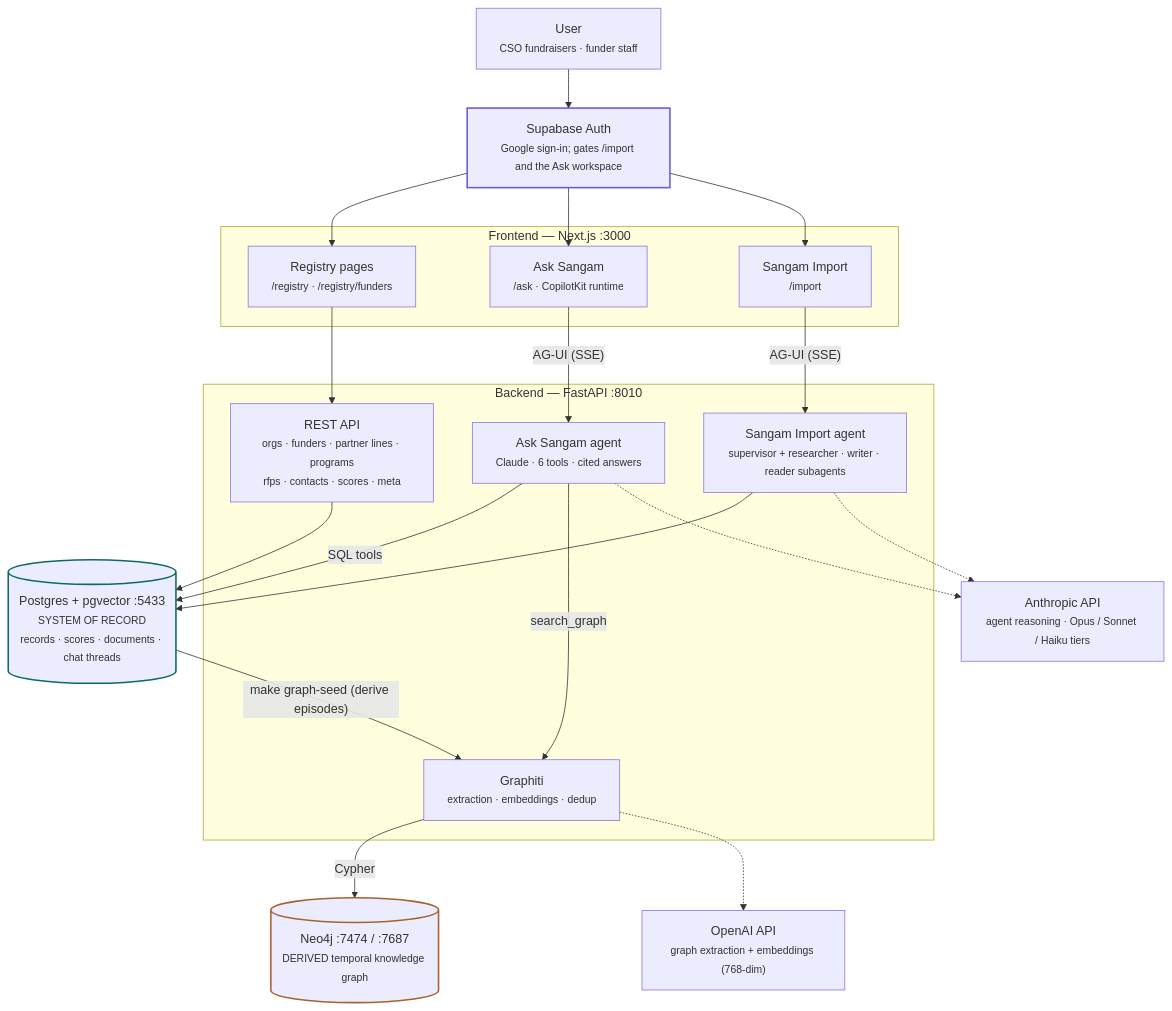
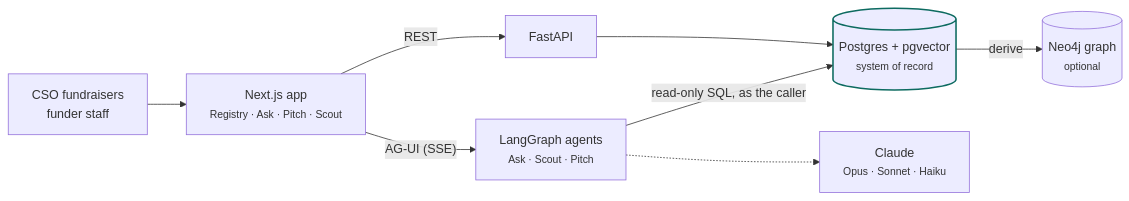
One commit to project-tech4dev/sangam changed the diagram in README.md. Above: the diagram before and after it, drawn with Mermaid. The commit also changed other lines of this file and 2 other files, not shown here.

````diff
--- a/README.md
+++ b/README.md
@@ -29,43 +48,11 @@
 ```mermaid
-flowchart TD
-  U["User<br/><small>CSO fundraisers · funder staff</small>"]
-  AUTH["Supabase Auth<br/><small>Google sign-in; gates /import and the Ask workspace</small>"]
-
-  subgraph FE["Frontend — Next.js :3000"]
-    PAGES["Registry pages<br/><small>/registry · /registry/funders</small>"]
-    CHAT["Ask Sangam<br/><small>/ask · CopilotKit runtime</small>"]
-    IMPORT["Sangam Import<br/><small>/import</small>"]
-  end
-
-  subgraph BE["Backend — FastAPI :8010"]
-    REST["REST API<br/><small>orgs · funders · partner lines · programs<br/>rfps · contacts · scores · meta</small>"]
-    AGENT["Ask Sangam agent<br/><small>Claude · 6 tools · cited answers</small>"]
-    INGEST["Sangam Import agent<br/><small>supervisor + researcher · writer · reader subagents</small>"]
-    GRT["Graphiti<br/><small>extraction · embeddings · dedup</small>"]
-  end
-
-  PG[("Postgres + pgvector :5433<br/><small>SYSTEM OF RECORD<br/>records · scores · documents · chat threads</small>")]
-  NEO[("Neo4j :7474 / :7687<br/><small>DERIVED temporal knowledge graph</small>")]
-
-  ANT["Anthropic API<br/><small>agent reasoning · Opus / Sonnet / Haiku tiers</small>"]
-  OAI["OpenAI API<br/><small>graph extraction + embeddings (768-dim)</small>"]
-
-  U --> AUTH
-  AUTH --> PAGES & CHAT & IMPORT
-  PAGES --> REST
-  CHAT -- "AG-UI (SSE)" --> AGENT
-  IMPORT -- "AG-UI (SSE)" --> INGEST
-  REST --> PG
-  AGENT -- "SQL tools" --> PG
-  INGEST --> PG
-  AGENT -- "search_graph" --> GRT
-  GRT -- Cypher --> NEO
-  PG -- "make graph-seed (derive episodes)" --> GRT
-  AGENT -.-> ANT
-  INGEST -.-> ANT
-  GRT -.-> OAI
-
+flowchart LR
+  U["CSO fundraisers<br/>funder staff"] --> FE["Next.js app<br/><small>Registry · Ask · Pitch · Scout</small>"]
+  FE -- REST --> API["FastAPI"]
+  FE -- "AG-UI (SSE)" --> AG["LangGraph agents<br/><small>Ask · Scout · Pitch</small>"]
+  API --> PG[("Postgres + pgvector<br/><small>system of record</small>")]
+  AG -- "read-only SQL, as the caller" --> PG
+  AG -.-> LLM["Claude<br/><small>Opus · Sonnet · Haiku</small>"]
+  PG -- "derive" --> NEO[("Neo4j graph<br/><small>optional</small>")]
   style PG stroke:#0d6b60,stroke-width:2px
-  style NEO stroke:#a9622f,stroke-width:2px
-  style AUTH stroke:#6b5bd6,stroke-width:2px
 ```
````
